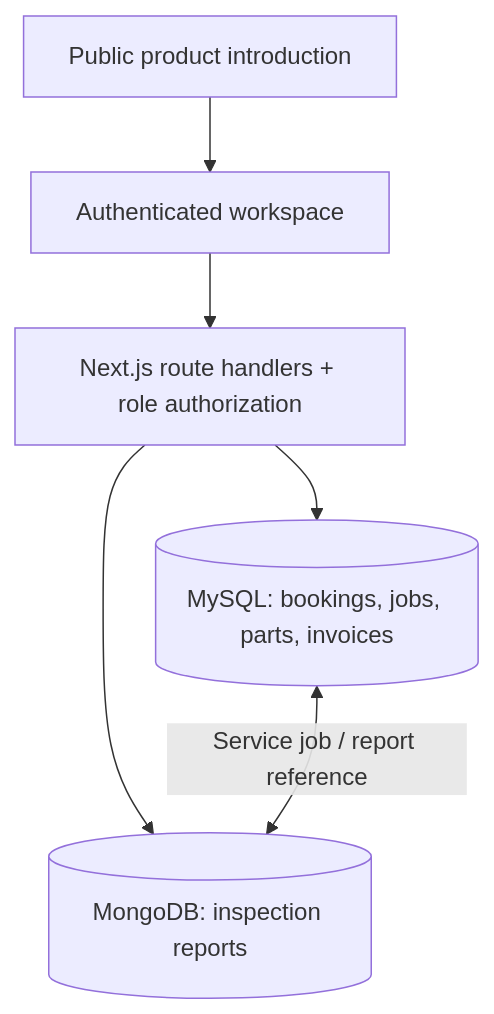
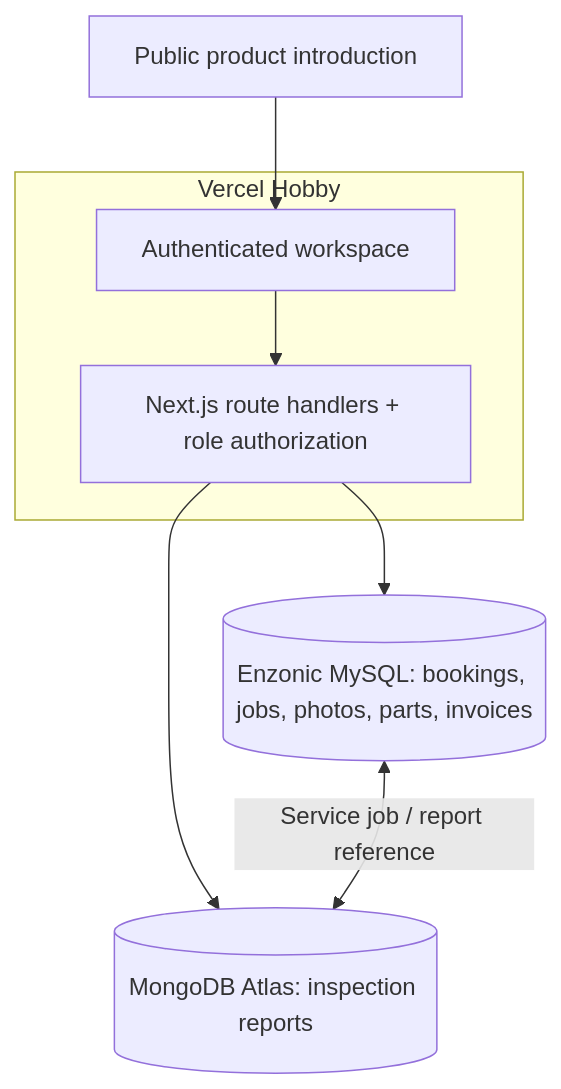
Before and after one commit to ignite-2005/AutoCare-Insight: the diagram in README.md, drawn with Mermaid. The commit also changed other lines of this file and 20 other files, not shown here.

````diff
--- a/README.md
+++ b/README.md
@@ -54,8 +73,10 @@
 ```mermaid
 flowchart TD
     Visitor[Public product introduction] --> Login[Authenticated workspace]
-    Login --> API[Next.js route handlers + role authorization]
-    API --> SQL[(MySQL: bookings, jobs, parts, invoices)]
-    API --> Docs[(MongoDB: inspection reports)]
+    subgraph Vercel[Vercel Hobby]
+      Login --> API[Next.js route handlers + role authorization]
+    end
+    API --> SQL[(Enzonic MySQL: bookings, jobs, photos, parts, invoices)]
+    API --> Docs[(MongoDB Atlas: inspection reports)]
     SQL <-->|Service job / report reference| Docs
 ```
````
